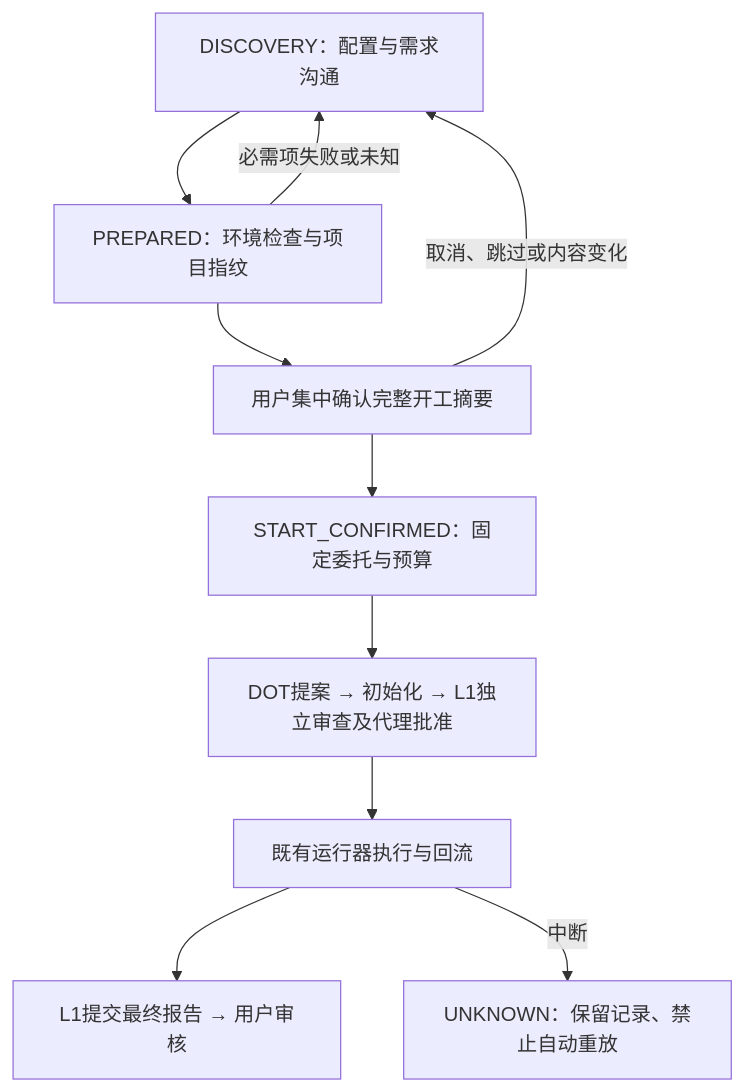
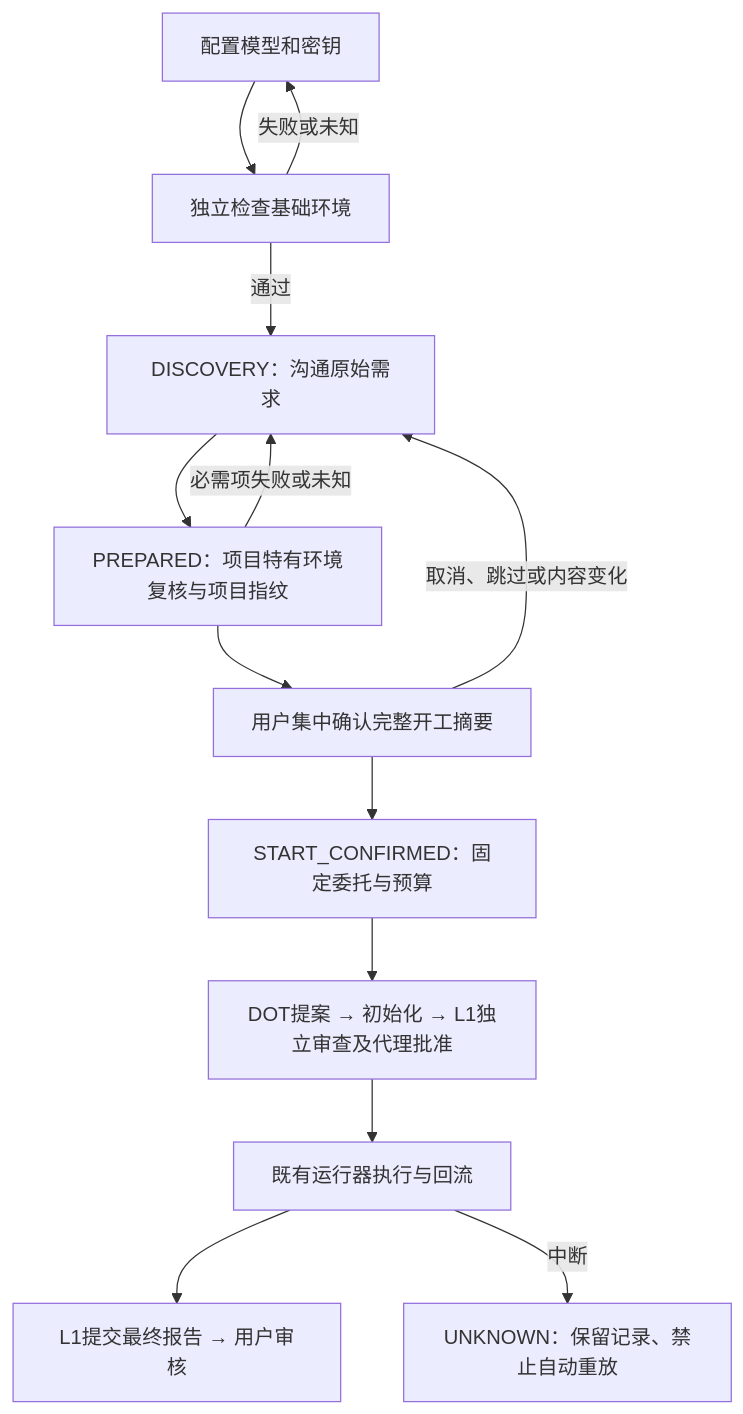
Before and after one commit to Merrychen-CMY/AI-Programming-Workflow: the diagram in docs/guides/l1-plugin.md, drawn with Mermaid. The commit also changed other lines of this file and 32 other files, not shown here.

````diff
--- a/docs/guides/l1-plugin.md
+++ b/docs/guides/l1-plugin.md
@@ -26,12 +27,15 @@
 ```mermaid
 flowchart TD
- D[DISCOVERY：配置与需求沟通] --> P[PREPARED：环境检查与项目指纹]
+ A[配置模型和密钥] --> B[独立检查基础环境]
+ B -->|通过| D[DISCOVERY：沟通原始需求]
+ B -->|失败或未知| A
+ D --> P[PREPARED：项目特有环境复核与项目指纹]
  P --> U[用户集中确认完整开工摘要]
  U --> C[START_CONFIRMED：固定委托与预算]
  C --> R[DOT提案 → 初始化 → L1独立审查及代理批准]
  R --> E[既有运行器执行与回流]
  E --> F[L1提交最终报告 → 用户审核]
  P -->|必需项失败或未知| D
  U -->|取消、跳过或内容变化| D
  E -->|中断| X[UNKNOWN：保留记录、禁止自动重放]
 ```
````
